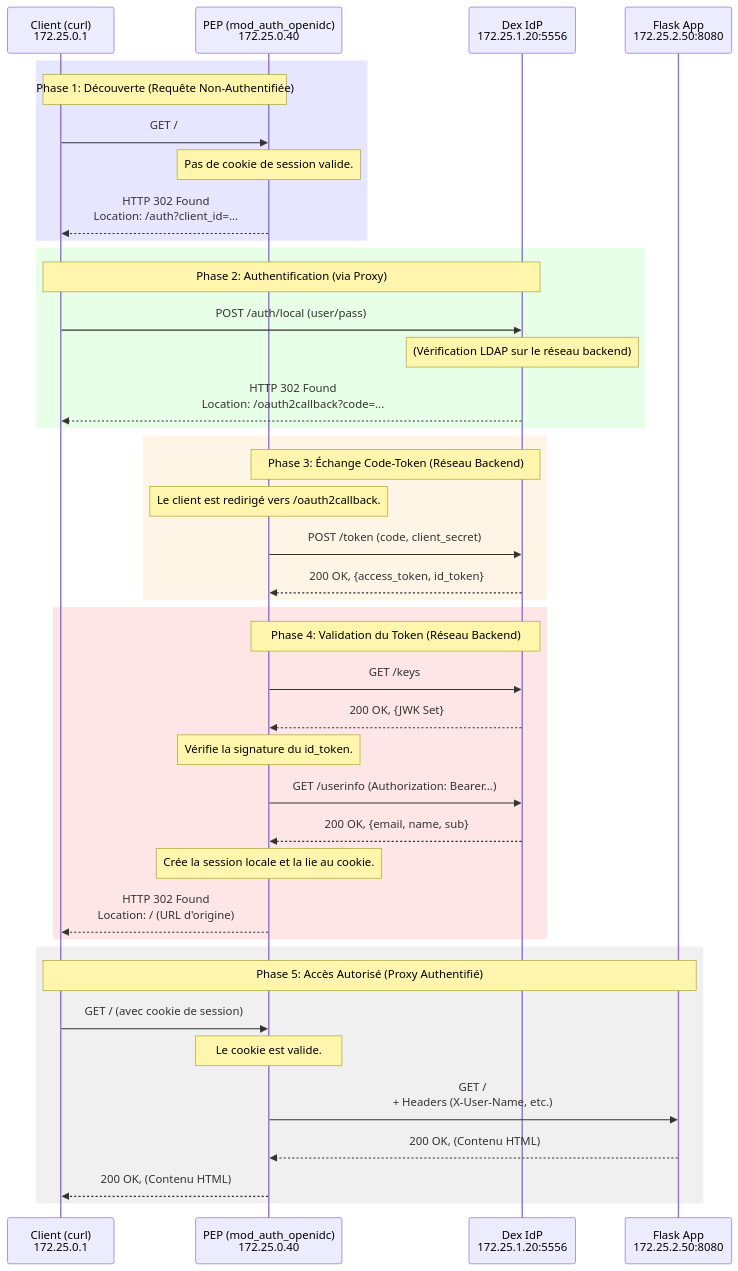
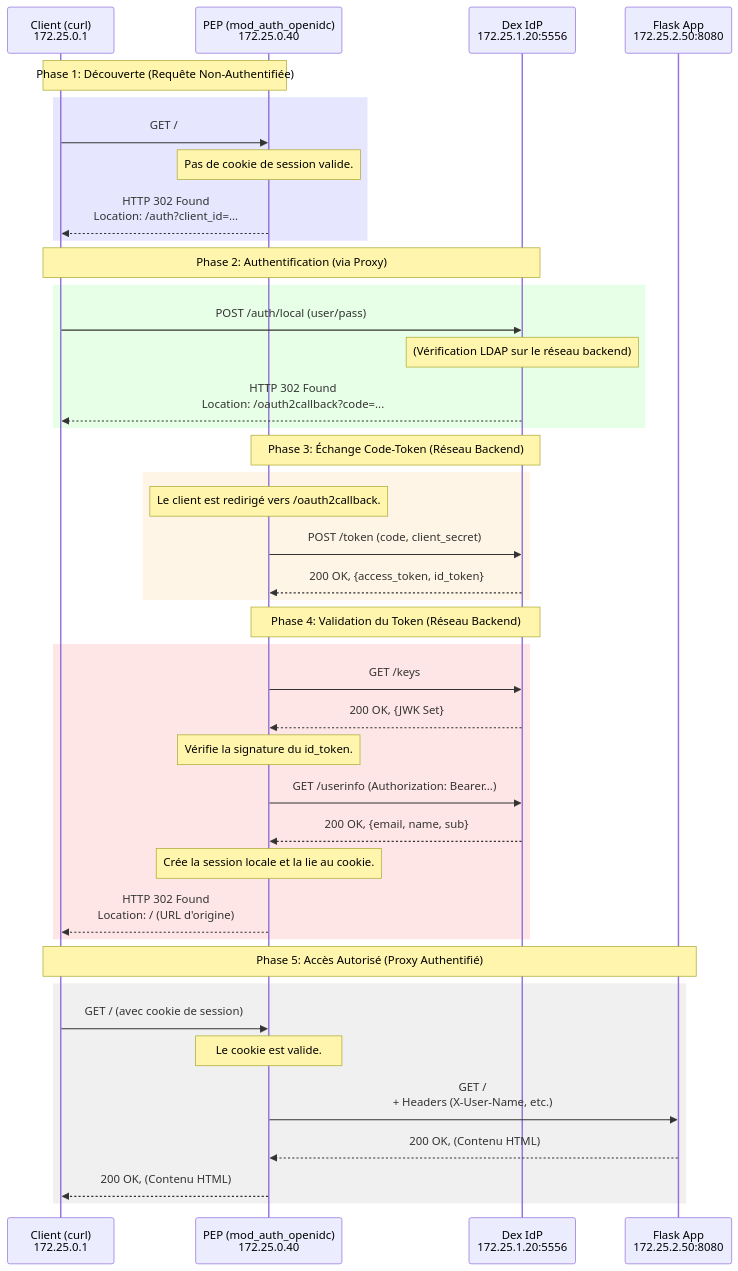
Before and after one commit to randomKara/ldap-dex-IDP: the diagram in observation.md, drawn with Mermaid.

````diff
--- a/observation.md
+++ b/observation.md
@@ -24,48 +24,48 @@
 ```mermaid
 sequenceDiagram
     participant Client as Client (curl)<br>172.25.0.1
     participant PEP as PEP (mod_auth_openidc)<br>172.25.0.40
     participant DexIdP as Dex IdP<br>172.25.1.20:5556
     participant Flask as Flask App<br>172.25.2.50:8080
 
+    note over Client, PEP: Phase 1: Découverte (Requête Non-Authentifiée)
     rect rgb(230, 230, 255)
-        note over Client, PEP: Phase 1: Découverte (Requête Non-Authentifiée)
         Client->>PEP: GET /
         note over PEP: Pas de cookie de session valide.
         PEP-->>Client: HTTP 302 Found<br>Location: /auth?client_id=...
     end
 
+    note over Client, DexIdP: Phase 2: Authentification (via Proxy)
     rect rgb(230, 255, 230)
-        note over Client, DexIdP: Phase 2: Authentification (via Proxy)
         Client->>DexIdP: POST /auth/local (user/pass)
         note over DexIdP: (Vérification LDAP sur le réseau backend)
         DexIdP-->>Client: HTTP 302 Found<br>Location: /oauth2callback?code=...
     end
 
+    note over PEP, DexIdP: Phase 3: Échange Code-Token (Réseau Backend)
     rect rgb(255, 245, 230)
-        note over PEP, DexIdP: Phase 3: Échange Code-Token (Réseau Backend)
         note over PEP: Le client est redirigé vers /oauth2callback.
         PEP->>DexIdP: POST /token (code, client_secret)
         DexIdP-->>PEP: 200 OK, {access_token, id_token}
     end
     
+    note over PEP, DexIdP: Phase 4: Validation du Token (Réseau Backend)
     rect rgb(255, 230, 230)
-        note over PEP, DexIdP: Phase 4: Validation du Token (Réseau Backend)
         PEP->>DexIdP: GET /keys
         DexIdP-->>PEP: 200 OK, {JWK Set}
         note over PEP: Vérifie la signature du id_token.
         PEP->>DexIdP: GET /userinfo (Authorization: Bearer...)
         DexIdP-->>PEP: 200 OK, {email, name, sub}
         note over PEP: Crée la session locale et la lie au cookie.
         PEP-->>Client: HTTP 302 Found<br>Location: / (URL d'origine)
     end
 
+    note over Client, Flask: Phase 5: Accès Autorisé (Proxy Authentifié)
     rect rgb(240, 240, 240)
-        note over Client, Flask: Phase 5: Accès Autorisé (Proxy Authentifié)
         Client->>PEP: GET / (avec cookie de session)
         note over PEP: Le cookie est valide.
         PEP->>Flask: GET /<br>+ Headers (X-User-Name, etc.)
         Flask-->>PEP: 200 OK, (Contenu HTML)
         PEP-->>Client: 200 OK, (Contenu HTML)
     end
 ```
````
